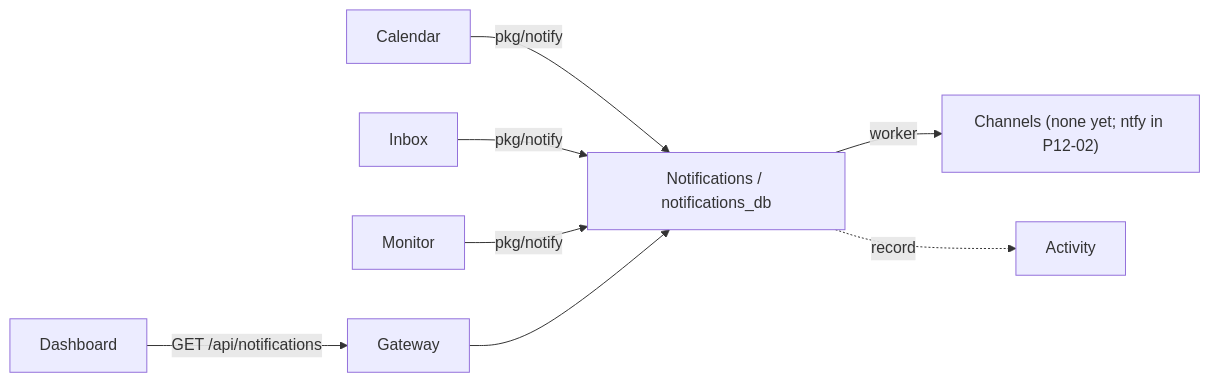
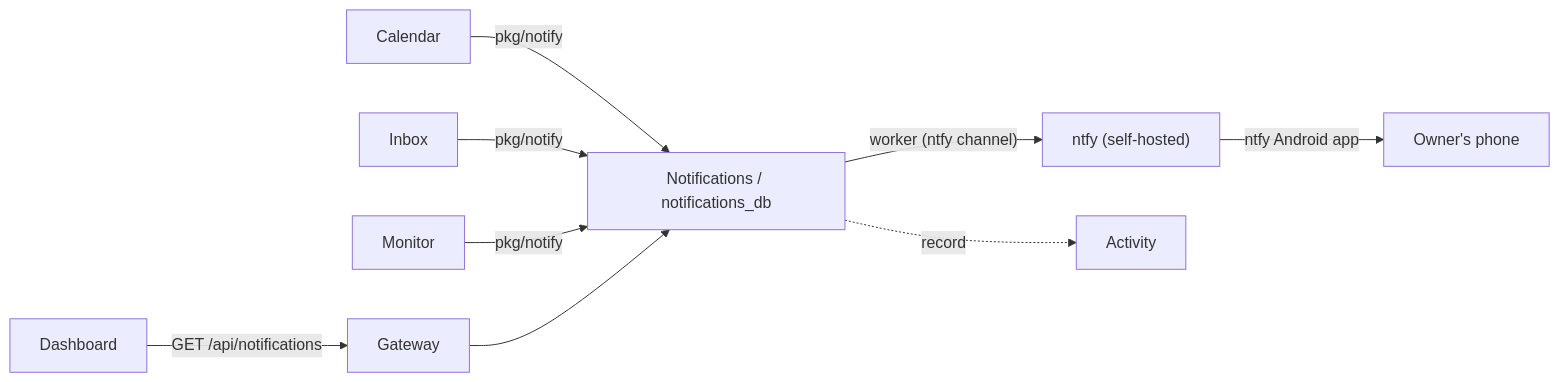
Before and after one commit to GAMch1k/life-os: the diagram in docs/services/notifications.md, drawn with Mermaid. The commit also changed other lines of this file and 6 other files, not shown here.

````diff
--- a/docs/services/notifications.md
+++ b/docs/services/notifications.md
@@ -12,9 +12,9 @@
 ```mermaid
 flowchart LR
   Calendar -- "pkg/notify" --> N[Notifications / notifications_db]
   Inbox -- "pkg/notify" --> N
   Monitor -- "pkg/notify" --> N
   Dashboard -- "GET /api/notifications" --> Gateway --> N
-  N -- worker --> Channels["Channels (none yet; ntfy in P12-02)"]
+  N -- "worker (ntfy channel)" --> Ntfy["ntfy (self-hosted)"] -- "ntfy Android app" --> Phone["Owner's phone"]
   N -. record .-> Activity
 ```
````
